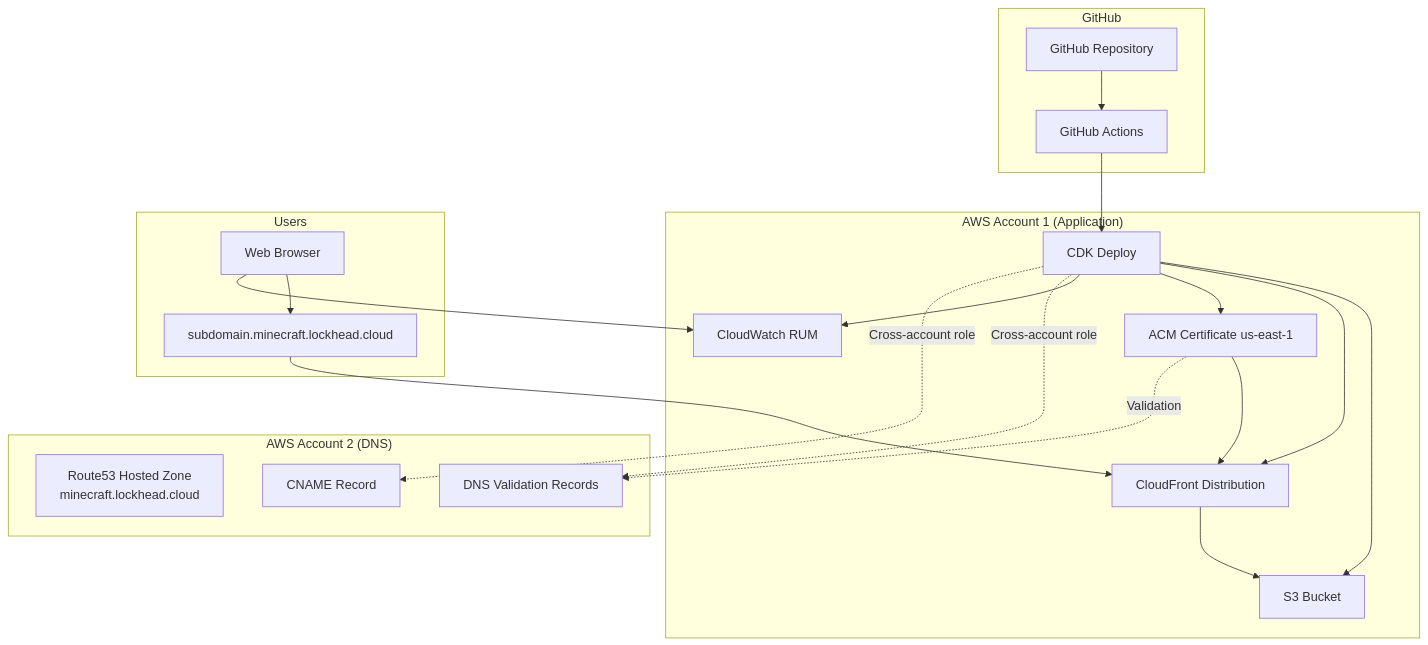
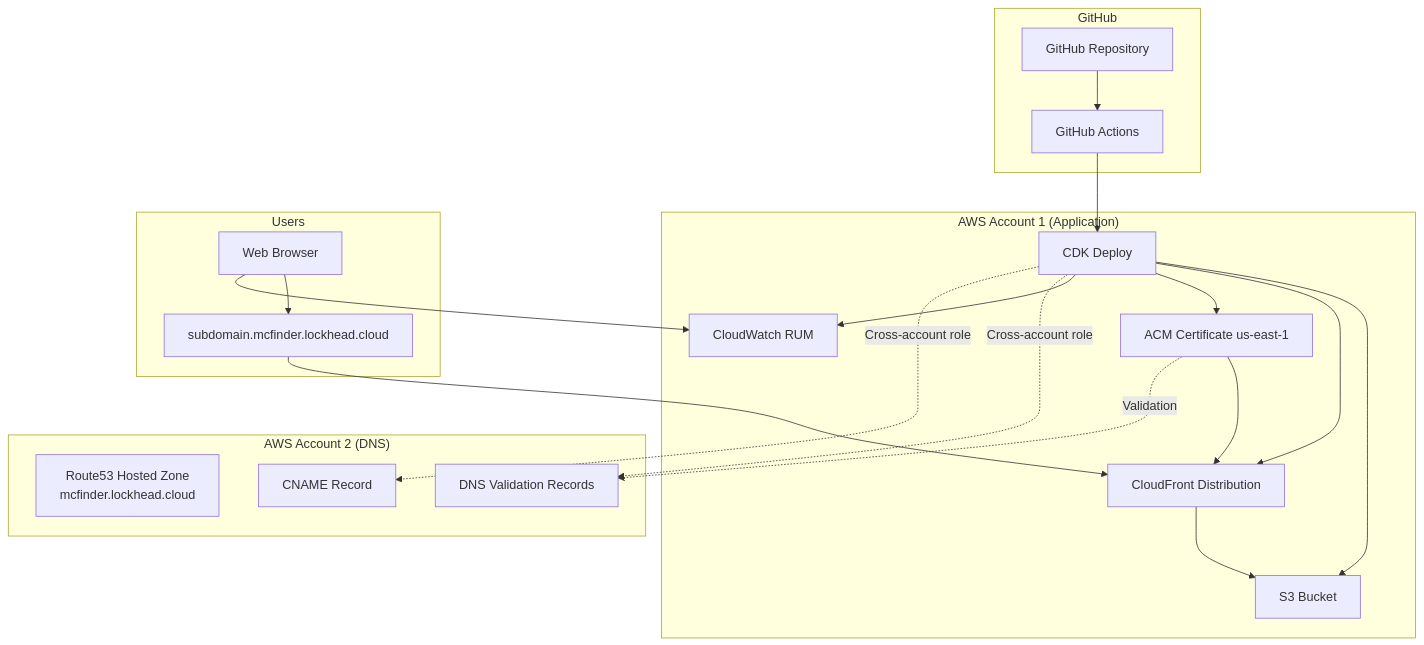
Before and after one commit to Lock128/minecraft-finder: the diagram in .kiro/specs/aws-web-hosting/design.md, drawn with Mermaid. The commit also changed 18 other files, not shown here.

````diff
--- a/.kiro/specs/aws-web-hosting/design.md
+++ b/.kiro/specs/aws-web-hosting/design.md
@@ -11,33 +11,33 @@
 ```mermaid
 graph TB
     subgraph "GitHub"
         A[GitHub Repository] --> B[GitHub Actions]
     end
     
     subgraph "AWS Account 1 (Application)"
         B --> C[CDK Deploy]
         C --> D[S3 Bucket]
         C --> E[CloudFront Distribution]
         C --> F[ACM Certificate us-east-1]
         C --> G[CloudWatch RUM]
         E --> D
         F --> E
     end
     
     subgraph "AWS Account 2 (DNS)"
-        H[Route53 Hosted Zone<br/>minecraft.lockhead.cloud]
+        H[Route53 Hosted Zone<br/>mcfinder.lockhead.cloud]
         I[DNS Validation Records]
         J[CNAME Record]
     end
     
     C -.->|Cross-account role| I
     C -.->|Cross-account role| J
     F -.->|Validation| I
     
     subgraph "Users"
-        K[Web Browser] --> L[subdomain.minecraft.lockhead.cloud]
+        K[Web Browser] --> L[subdomain.mcfinder.lockhead.cloud]
     end
     
     L --> E
     K --> G
 ```
````
